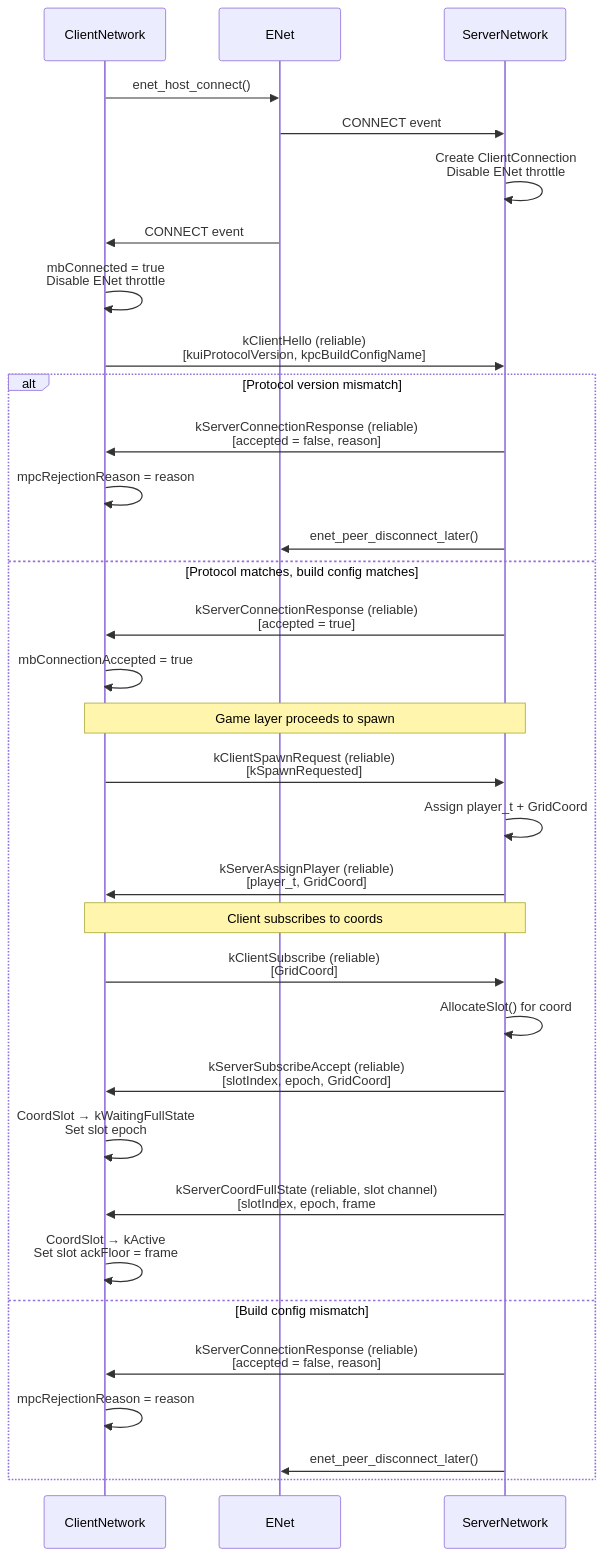
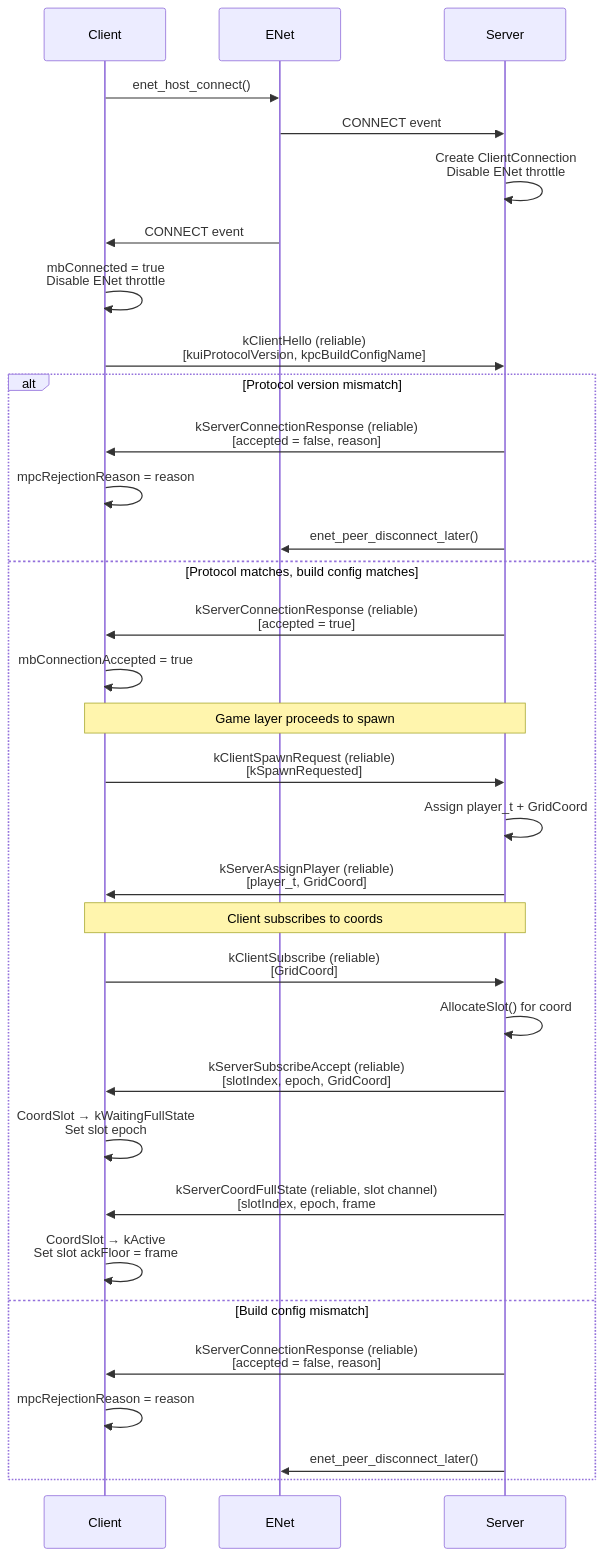
The second of 11 diagrams in Documents/Architecture/Network.md (DougTanner/BrokenEnginePublic), drawn with Mermaid before and after one commit. The commit also changed other lines of this file and 118 other files, not shown here.

````diff
--- a/Documents/Architecture/Network.md
+++ b/Documents/Architecture/Network.md
@@ -71,40 +71,40 @@
 ```mermaid
 %%{init: {'theme': 'default'}}%%
 sequenceDiagram
-    participant C as ClientNetwork
+    participant C as Client
     participant E as ENet
-    participant S as ServerNetwork
+    participant S as Server
 
     C->>E: enet_host_connect()
     E->>S: CONNECT event
     S->>S: Create ClientConnection<br/>Disable ENet throttle
 
     E->>C: CONNECT event
     C->>C: mbConnected = true<br/>Disable ENet throttle
 
     C->>S: kClientHello (reliable)<br/>[kuiProtocolVersion, kpcBuildConfigName]
 
     alt Protocol version mismatch
         S->>C: kServerConnectionResponse (reliable)<br/>[accepted = false, reason]
         C->>C: mpcRejectionReason = reason
         S->>E: enet_peer_disconnect_later()
     else Protocol matches, build config matches
         S->>C: kServerConnectionResponse (reliable)<br/>[accepted = true]
         C->>C: mbConnectionAccepted = true
         Note over C,S: Game layer proceeds to spawn
         C->>S: kClientSpawnRequest (reliable)<br/>[kSpawnRequested]
         S->>S: Assign player_t + GridCoord
         S->>C: kServerAssignPlayer (reliable)<br/>[player_t, GridCoord]
         Note over C,S: Client subscribes to coords
         C->>S: kClientSubscribe (reliable)<br/>[GridCoord]
         S->>S: AllocateSlot() for coord
         S->>C: kServerSubscribeAccept (reliable)<br/>[slotIndex, epoch, GridCoord]
         C->>C: CoordSlot → kWaitingFullState<br/>Set slot epoch
         S->>C: kServerCoordFullState (reliable, slot channel)<br/>[slotIndex, epoch, frame#, coord, LZ4-compressed Frame]
         C->>C: CoordSlot → kActive<br/>Set slot ackFloor = frame#, epoch
     else Build config mismatch
         S->>C: kServerConnectionResponse (reliable)<br/>[accepted = false, reason]
         C->>C: mpcRejectionReason = reason
         S->>E: enet_peer_disconnect_later()
     end
 ```
````
